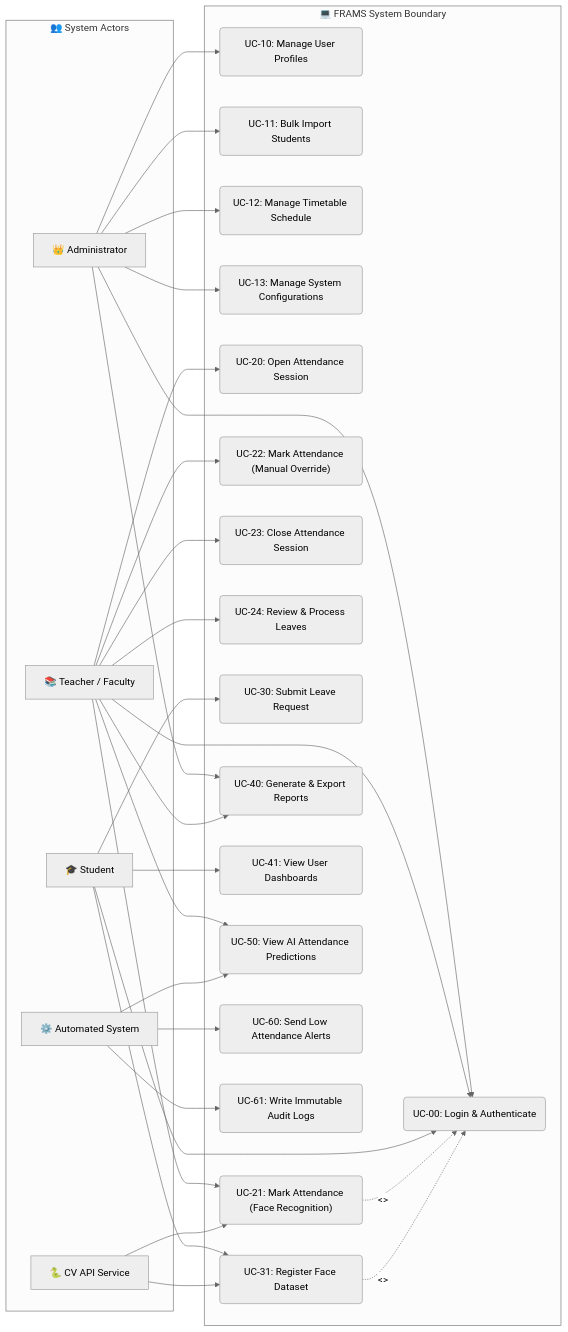
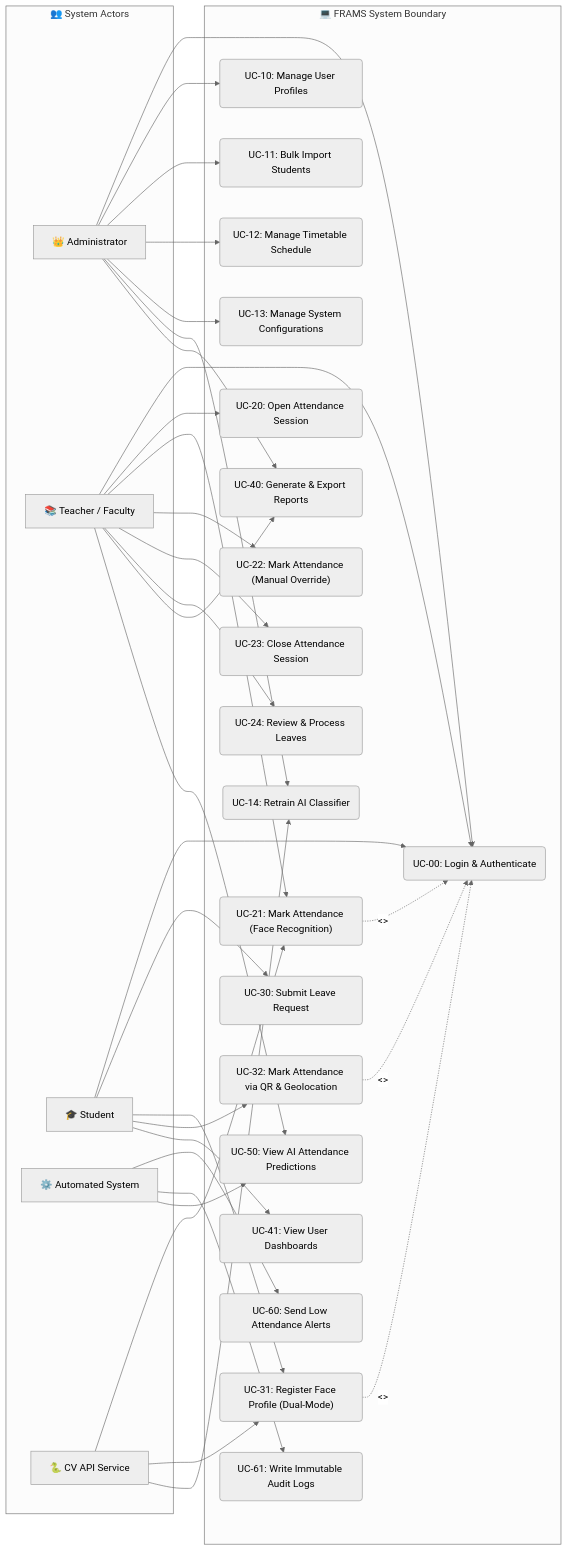
Before and after one commit to Yashaswirai/AMS: the diagram in docs/Use_Case_Diagram.md, drawn with Mermaid (neutral theme). The commit also changed 10 other files, not shown here.

Commit message:
feat: enhance documentation for QR attendance and face registration; add geolocation verification details; improve data isolation and AI retraining instructions

````diff
--- a/docs/Use_Case_Diagram.md
+++ b/docs/Use_Case_Diagram.md
@@ -12,76 +12,82 @@
 ```mermaid
 flowchart LR
     %% Actors List
     subgraph ACTORS ["👥 System Actors"]
         A["👑 Administrator"]
         T["📚 Teacher / Faculty"]
         S["🎓 Student"]
         SY["⚙️ Automated System"]
         CV["🐍 CV API Service"]
     end
 
     %% Use Cases inside System Boundary
     subgraph BOUNDARY ["💻 FRAMS System Boundary"]
         %% General / Shared Use Cases
         UC_AUTH("UC-00: Login & Authenticate")
 
         %% Admin Use Cases
         UC_MGMT_USR("UC-10: Manage User Profiles")
         UC_BULK_IMP("UC-11: Bulk Import Students")
         UC_MGMT_TT("UC-12: Manage Timetable Schedule")
         UC_SYS_CONF("UC-13: Manage System Configurations")
+        UC_RETRAIN_AI("UC-14: Retrain AI Classifier")
 
         %% Teacher Use Cases
         UC_OPEN_SESS("UC-20: Open Attendance Session")
         UC_MARK_FACE("UC-21: Mark Attendance (Face Recognition)")
         UC_MARK_MAN("UC-22: Mark Attendance (Manual Override)")
         UC_CLOSE_SESS("UC-23: Close Attendance Session")
         UC_PROC_LEAVE("UC-24: Review & Process Leaves")
 
         %% Student Use Cases
         UC_SUB_LEAVE("UC-30: Submit Leave Request")
-        UC_ENROLL_FACE("UC-31: Register Face Dataset")
+        UC_ENROLL_FACE("UC-31: Register Face Profile (Dual-Mode)")
+        UC_SCAN_QR("UC-32: Mark Attendance via QR & Geolocation")
 
         %% Shared Analytics & Reporting
         UC_GEN_REP("UC-40: Generate & Export Reports")
         UC_VIEW_DASH("UC-41: View User Dashboards")
         UC_AI_PRED("UC-50: View AI Attendance Predictions")
 
         %% Background / System Use Cases
         UC_SEND_ALERT("UC-60: Send Low Attendance Alerts")
         UC_AUDIT_LOG("UC-61: Write Immutable Audit Logs")
     end
 
     %% Actor Relationships to Use Cases
     A --> UC_AUTH
     A --> UC_MGMT_USR
     A --> UC_BULK_IMP
     A --> UC_MGMT_TT
     A --> UC_SYS_CONF
+    A --> UC_RETRAIN_AI
     A --> UC_GEN_REP
 
     T --> UC_AUTH
     T --> UC_OPEN_SESS
     T --> UC_MARK_FACE
     T --> UC_MARK_MAN
     T --> UC_CLOSE_SESS
     T --> UC_PROC_LEAVE
     T --> UC_GEN_REP
     T --> UC_AI_PRED
 
     S --> UC_AUTH
     S --> UC_SUB_LEAVE
     S --> UC_ENROLL_FACE
+    S --> UC_SCAN_QR
     S --> UC_VIEW_DASH
 
     CV --> UC_MARK_FACE
     CV --> UC_ENROLL_FACE
+    CV --> UC_RETRAIN_AI
 
     SY --> UC_SEND_ALERT
     SY --> UC_AUDIT_LOG
     SY --> UC_AI_PRED
 
     %% Use Case relationships
     UC_MARK_FACE -.->|"<<include>>"| UC_AUTH
     UC_ENROLL_FACE -.->|"<<include>>"| UC_AUTH
+    UC_SCAN_QR -.->|"<<include>>"| UC_AUTH
 ```
````
